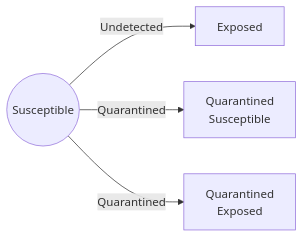
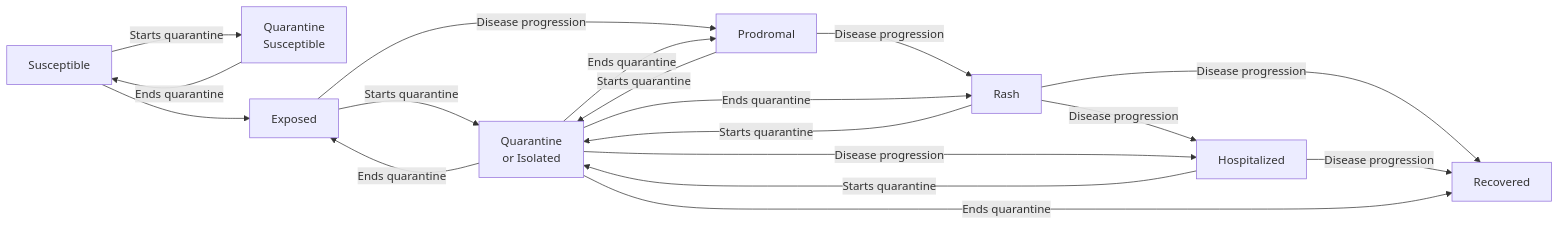
One commit to EpiForeSITE/epiworld-measles changed the second of 3 diagrams in school_quarantine/README.md. Above: the diagram before and after it, drawn with Mermaid. The commit also changed other lines of this file and 1 other file, not shown here.

````diff
--- a/school_quarantine/README.md
+++ b/school_quarantine/README.md
@@ -77,6 +79,24 @@
 ```mermaid
 flowchart LR
-    Susceptible(("Susceptible")) -->|Undetected|Exposed
-    Susceptible -->|Quarantined|QuarantinedSusceptible["Quarantined<br>Susceptible"]
-    Susceptible -->|Quarantined|QuarantinedExposed["Quarantined<br>Exposed"]
+    Susceptible -->|Starts quarantine| QuarantineS["Quarantine<br>Susceptible"]
+    QuarantineS -->|Ends quarantine| Susceptible
+    Susceptible --> Exposed
+
+    Exposed     -->|Starts quarantine| Quarantine["Quarantine<br>or Isolated"]
+    Quarantine  -->|Ends quarantine| Exposed
+    Exposed     -->|Disease progression| Prodromal
+    
+    Prodromal   -->|Starts quarantine| Quarantine
+    Quarantine  -->|Ends quarantine| Prodromal
+    Prodromal   -->|Disease progression| Rash
+    
+    Rash        --> |Starts quarantine| Quarantine
+    Quarantine  --> |Ends quarantine| Rash
+    Rash        --> |Disease progression| Hospitalized
+    Rash        --> |Disease progression| Recovered
+    
+    Quarantine  --> |Disease progression| Hospitalized
+    Hospitalized--> |Disease progression| Recovered
+    Hospitalized--> |Starts quarantine| Quarantine
+    Quarantine  --> |Ends quarantine| Recovered
 ```
````
